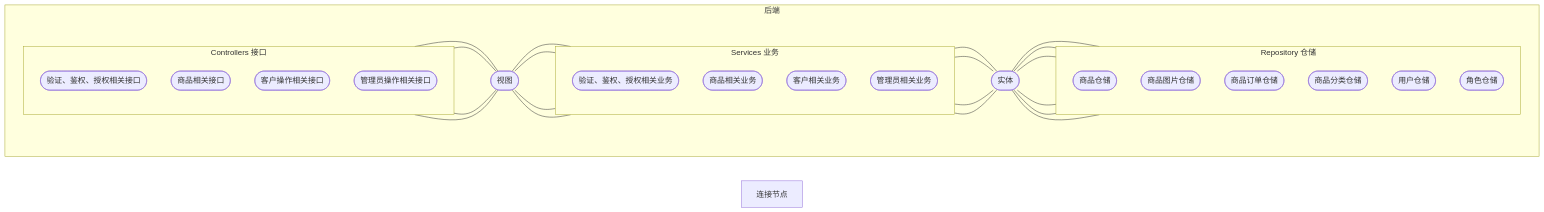
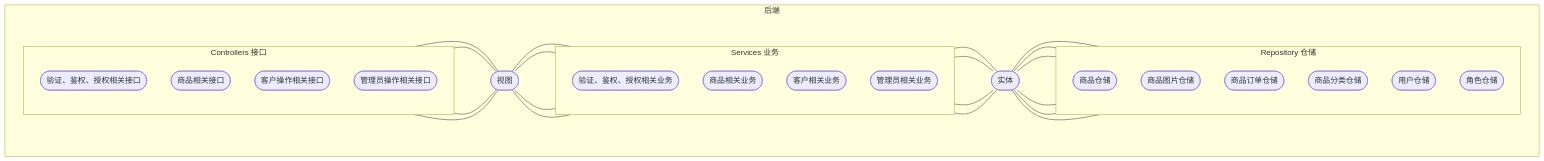
One commit to gaogao-qwq/simple_mall changed the second of 3 diagrams in README.md. Above: the diagram before and after it, drawn with Mermaid.

Commit message:
Chore: Add missing comment sign in README

````diff
--- a/README.md
+++ b/README.md
@@ -23,37 +23,37 @@
 ```mermaid
 flowchart LR
     %% 定义节点
     subgraph backend[后端]
         direction LR
         entity([实体])
         view([视图])
         subgraph controller["Controllers 接口"]
             direction TB
             auth_c(["验证、鉴权、授权相关接口"])
             good_c(["商品相关接口"])
             customer_c(["客户操作相关接口"])
             admin_c(["管理员操作相关接口"])
         end
         subgraph service["Services 业务"]
             direction TB
             auth_s(["验证、鉴权、授权相关业务"])
             good_s(["商品相关业务"])
             customer_s(["客户相关业务"])
             admin_s(["管理员相关业务"])
         end
         subgraph repository["Repository 仓储"]
             direction TB
             good_r(["商品仓储"])
             good_image_r(["商品图片仓储"])
             good_order_r(["商品订单仓储"])
             good_category_r(["商品分类仓储"])
             user_r(["用户仓储"])
             role_r(["角色仓储"])
         end
     end
-    连接节点
+    %% 连接节点
     auth_c & good_c & customer_c & admin_c --- view
     view --- auth_s & good_s & customer_s & admin_s
     auth_s & good_s & customer_s & admin_s --- entity
     entity --- user_r & role_r & good_r & good_image_r & good_category_r & good_order_r
 ```
````
